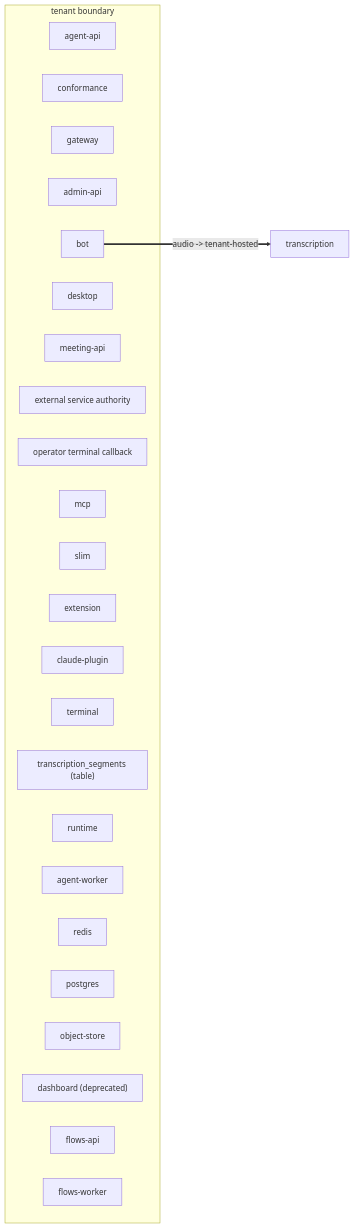
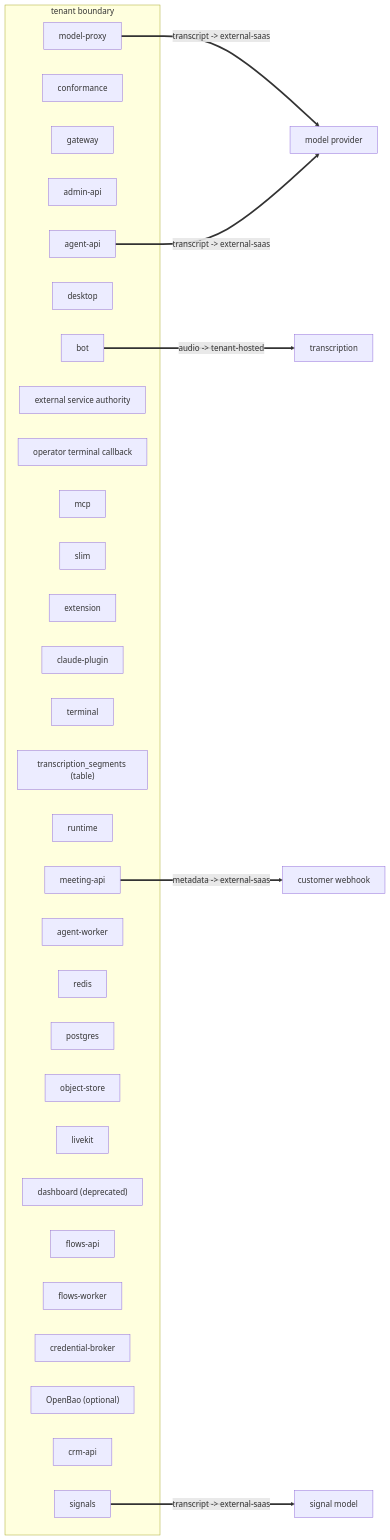
Before and after one commit to Vexa-ai/vexa: the diagram in docs/views/egress.mmd, drawn with Mermaid. The commit also changed 5156 other files, not shown here.

```diff
--- a/docs/views/egress.mmd
+++ b/docs/views/egress.mmd
@@ -1,29 +1,42 @@
 %% GENERATED — pnpm arch:dsl --write
 flowchart LR
   subgraph tenant["tenant boundary"]
     agent_api["agent-api"]
     conformance["conformance"]
     gateway["gateway"]
     admin_api["admin-api"]
     bot["bot"]
     desktop["desktop"]
     meeting_api["meeting-api"]
     service_authority["external service authority"]
     system_webhook["operator terminal callback"]
     mcp["mcp"]
     slim["slim"]
     extension["extension"]
     claude_plugin["claude-plugin"]
     terminal["terminal"]
     segments_table["transcription_segments (table)"]
     runtime["runtime"]
+    model_proxy["model-proxy"]
     agent_worker["agent-worker"]
     redis["redis"]
     postgres["postgres"]
     object_store["object-store"]
+    livekit["livekit"]
     dashboard["dashboard (deprecated)"]
     flows_api["flows-api"]
     flows_worker["flows-worker"]
+    credentials_broker["credential-broker"]
+    credentials_vault["OpenBao (optional)"]
+    crm_api["crm-api"]
+    signals_service["signals"]
   end
   transcription["transcription"]
   bot ==>|"audio -> tenant-hosted"| transcription
+  signal_model["signal model"]
+  signals_service ==>|"transcript -> external-saas"| signal_model
+  model_provider["model provider"]
+  model_proxy ==>|"transcript -> external-saas"| model_provider
+  agent_api ==>|"transcript -> external-saas"| model_provider
+  customer_webhook["customer webhook"]
+  meeting_api ==>|"metadata -> external-saas"| customer_webhook
```
